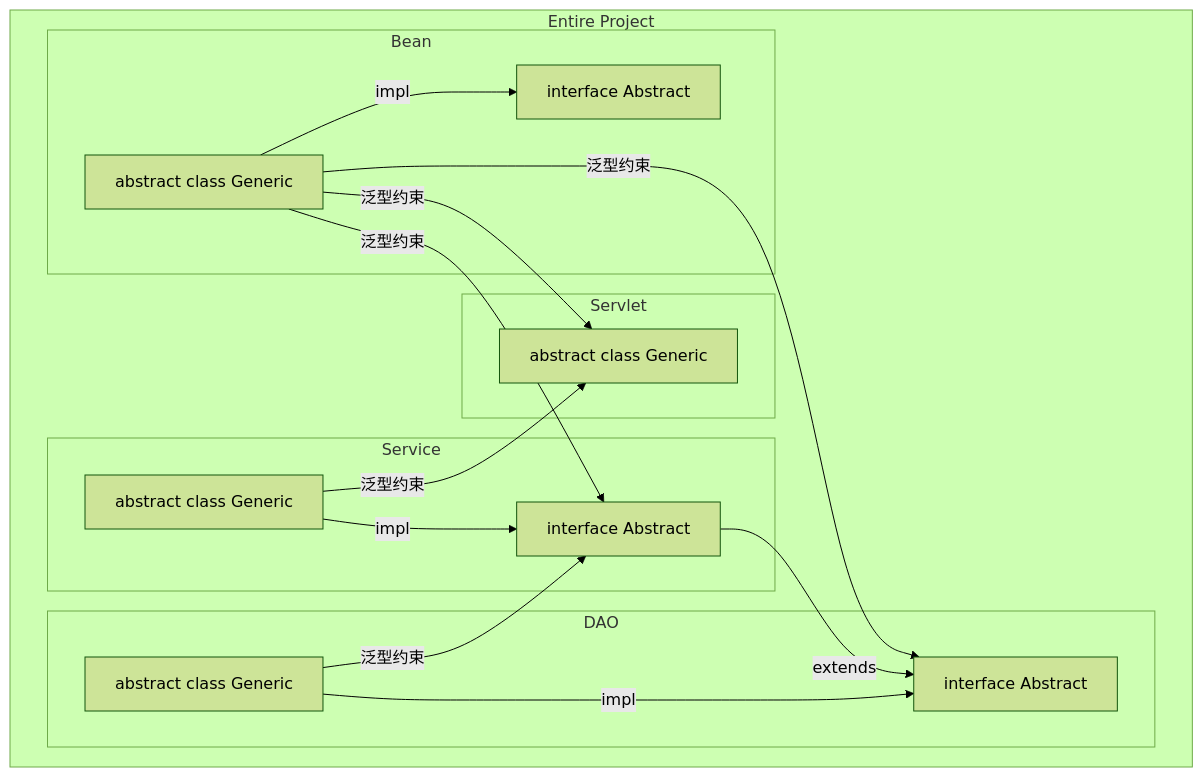
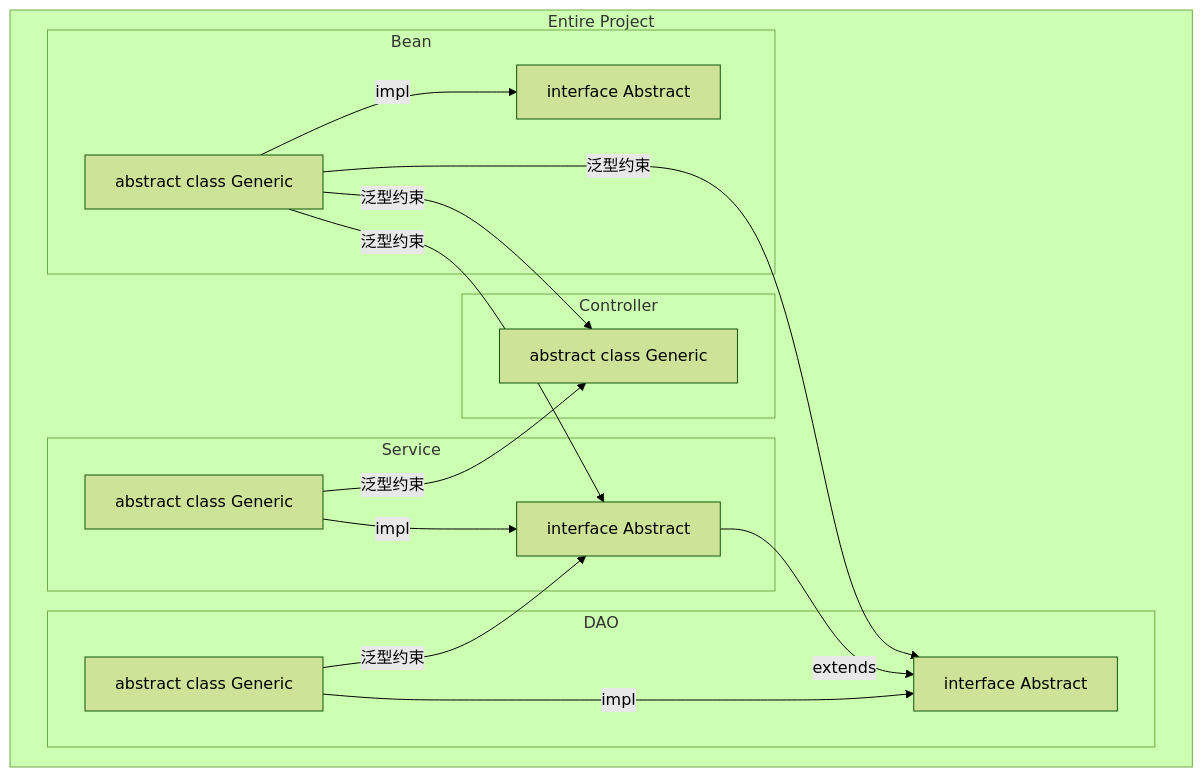
The second of 2 diagrams in README.md (penyoofficial/HerbMS-BE), drawn with Mermaid (forest theme) before and after one commit. The commit also changed other lines of this file and 22 other files, not shown here.

````diff
--- a/README.md
+++ b/README.md
@@ -44,29 +44,29 @@
 ```mermaid
 graph
     subgraph Entire Project
-        subgraph Servlet
+        subgraph Controller
             4a["abstract class Generic"]
         end
         subgraph Service
             3i["interface Abstract"]
             3a["abstract class Generic"]
             3a -- " impl " --> 3i
         end
         subgraph DAO
             2i["interface Abstract"]
             2a["abstract class Generic"]
             2a -- " impl " --> 2i
         end
         subgraph Bean
             1i["interface Abstract"]
             1a["abstract class Generic"]
             1a -- " impl " --> 1i
         end
         3a -- " 泛型约束 " --> 4a
         1a -- " 泛型约束 " --> 4a
         3i -- " extends " --> 2i
         2a -- " 泛型约束 " --> 3i
         1a -- " 泛型约束 " --> 3i
         1a -- " 泛型约束 " --> 2i
     end
 ```
````
